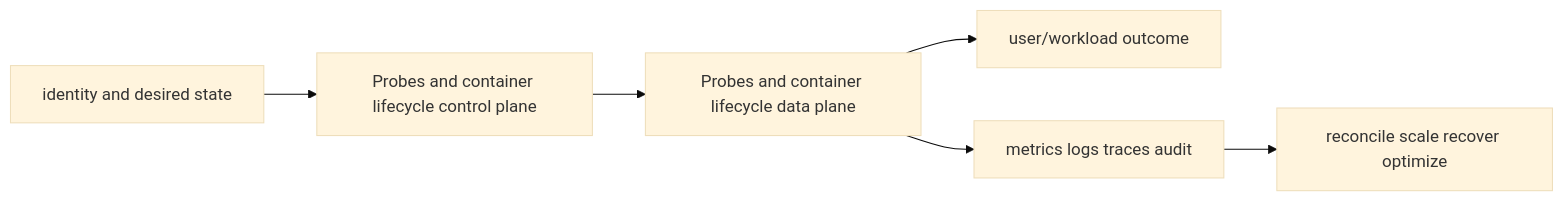
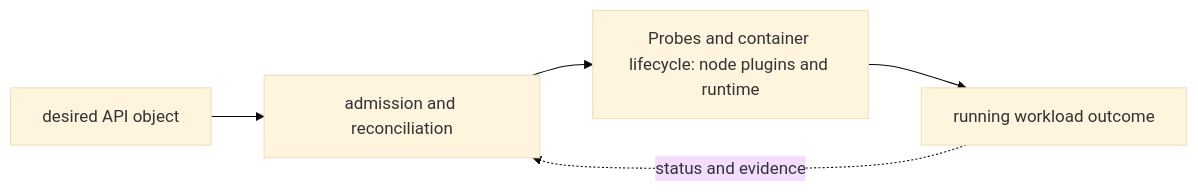
One commit to tomkidumbuyo/DevOps-interview-preparation changed the diagram in 06-kubernetes/02-workloads/05-probes-lifecycle/README.md. Above: the diagram before and after it, drawn with Mermaid (base theme). The commit also changed other lines of this file and 753 other files, not shown here.

````diff
--- a/06-kubernetes/02-workloads/05-probes-lifecycle/README.md
+++ b/06-kubernetes/02-workloads/05-probes-lifecycle/README.md
@@ -19,8 +31,7 @@
 ```mermaid
 flowchart LR
-  I[identity and desired state] --> C[Probes and container lifecycle control plane]
-  C --> D[Probes and container lifecycle data plane]
-  D --> U[user/workload outcome]
-  D --> O[metrics logs traces audit]
-  O --> R[reconcile scale recover optimize]
+  A["desired API object"] --> B["admission and reconciliation"]
+  B --> C["Probes and container lifecycle: node plugins and runtime"]
+  C --> D["running workload outcome"]
+  D -. "status and evidence" .-> B
 ```
````
